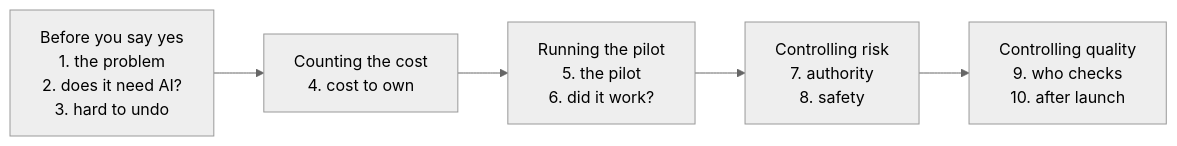
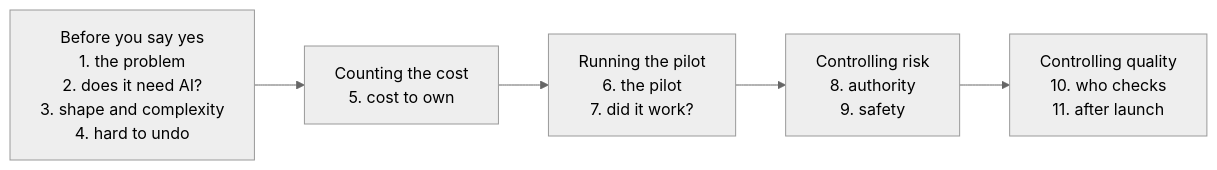
One commit to locchh/blogs changed the second of 10 diagrams in src/content/blog/when_code_is_cheap.md. Above: the diagram before and after it, drawn with Mermaid (neutral theme). The commit also changed other lines of this file, not shown here.

Commit message:
Add shape-and-complexity question with reference architectures, explain and apply the questions to ODC, maintenance, fixed-bid, migration, and presales, and fix citations against sources

````diff
--- a/src/content/blog/when_code_is_cheap.md
+++ b/src/content/blog/when_code_is_cheap.md
@@ -30,7 +30,7 @@
 ```mermaid
 graph LR
-    P1["Before you say yes<br/>1. the problem<br/>2. does it need AI?<br/>3. hard to undo"] --> P2["Counting the cost<br/>4. cost to own"]
-    P2 --> P3["Running the pilot<br/>5. the pilot<br/>6. did it work?"]
-    P3 --> P4["Controlling risk<br/>7. authority<br/>8. safety"]
-    P4 --> P5["Controlling quality<br/>9. who checks<br/>10. after launch"]
+    P1["Before you say yes<br/>1. the problem<br/>2. does it need AI?<br/>3. shape and complexity<br/>4. hard to undo"] --> P2["Counting the cost<br/>5. cost to own"]
+    P2 --> P3["Running the pilot<br/>6. the pilot<br/>7. did it work?"]
+    P3 --> P4["Controlling risk<br/>8. authority<br/>9. safety"]
+    P4 --> P5["Controlling quality<br/>10. who checks<br/>11. after launch"]
 ```
````
